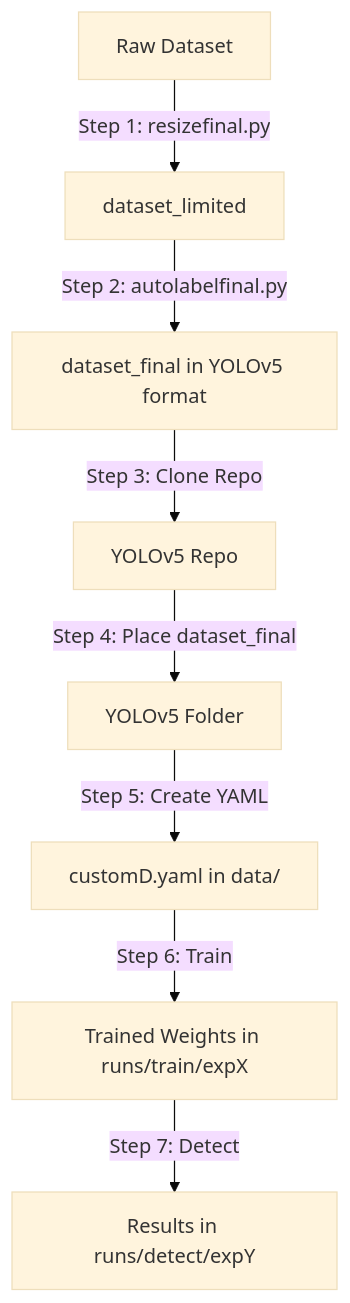
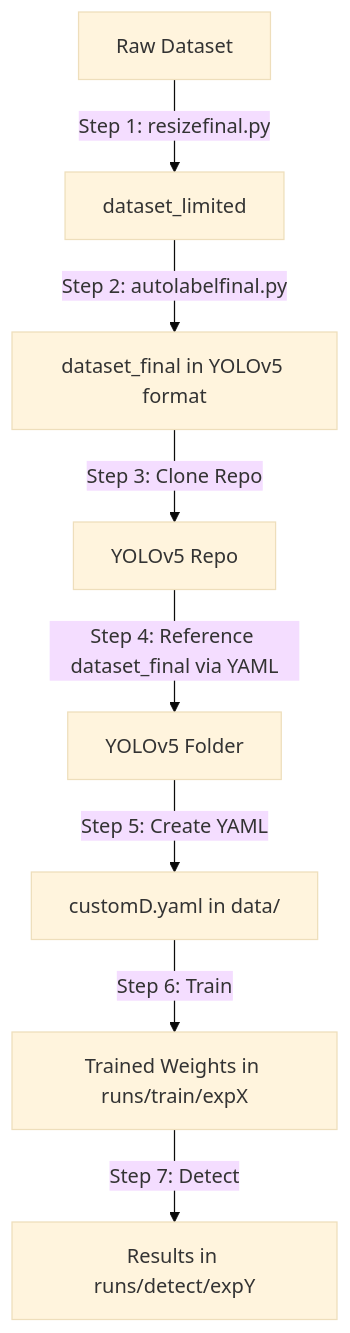
Before and after one commit to rudrfolio/yolo5v_dataset: the diagram in README.md, drawn with Mermaid (base theme). The commit also changed other lines of this file, not shown here.

````diff
--- a/README.md
+++ b/README.md
@@ -92,10 +87,10 @@
 ```mermaid
 flowchart TD
     A[Raw Dataset] -->|Step 1: resizefinal.py| B[dataset_limited]
     B -->|Step 2: autolabelfinal.py| C[dataset_final in YOLOv5 format]
     C -->|Step 3: Clone Repo| D[YOLOv5 Repo]
-    D -->|Step 4: Place dataset_final| E[YOLOv5 Folder]
+    D -->|Step 4: Reference dataset_final via YAML| E[YOLOv5 Folder]
     E -->|Step 5: Create YAML| F[customD.yaml in data/]
     F -->|Step 6: Train| G[Trained Weights in runs/train/expX]
     G -->|Step 7: Detect| H[Results in runs/detect/expY]
 ```
````
